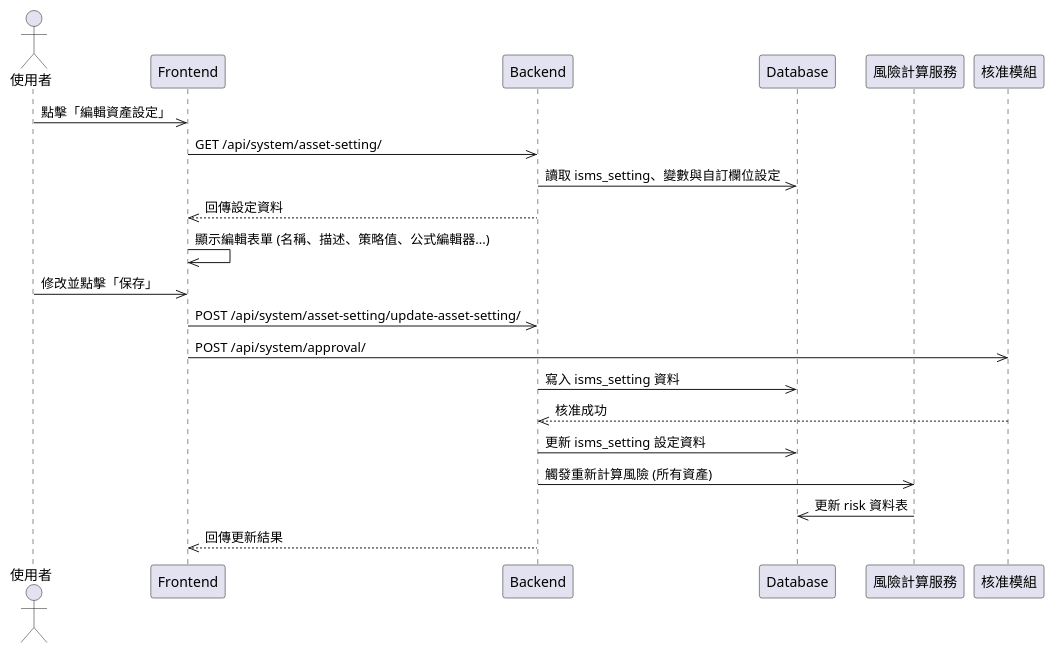
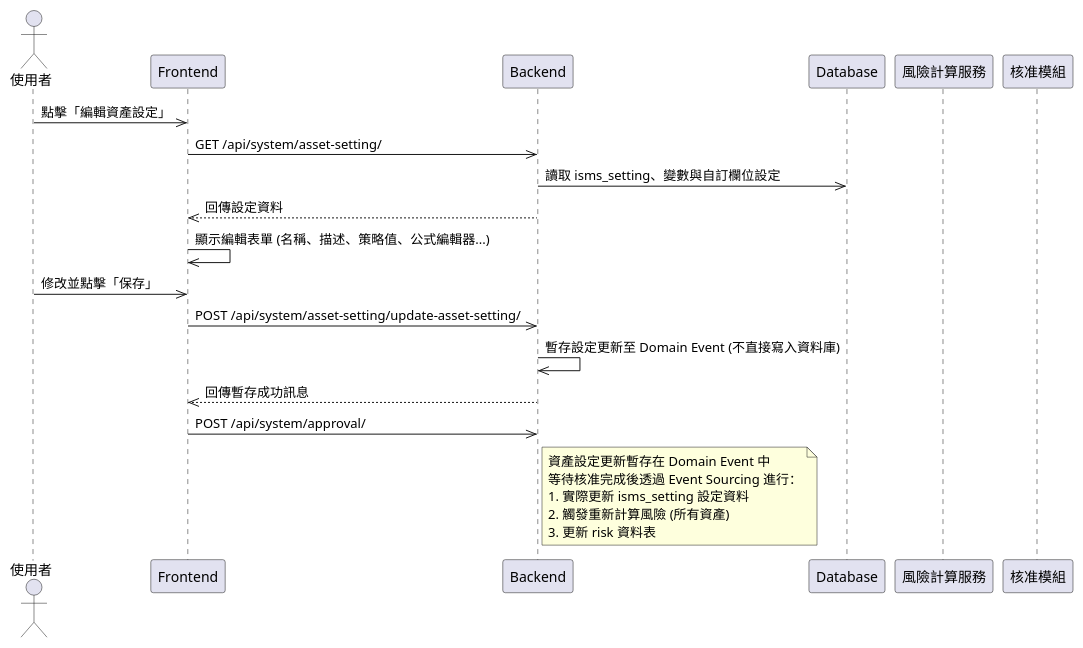
Before and after one commit to walle45611/NTUB_SecuManag_Diagram: the diagram in plantUML/sequence/asset_setting_edit.puml, drawn with PlantUML. The commit also changed 6 other files, not shown here.

Commit message:
feat: 更新流程圖，將核准請求暫存至 Domain Event 以改善資料處理流程

```diff
--- a/plantUML/sequence/asset_setting_edit.puml
+++ b/plantUML/sequence/asset_setting_edit.puml
@@ -1,24 +1,21 @@
 @startuml
 
 actor User as "使用者"
 participant Frontend
 participant Backend
 participant Database
 participant Service as "風險計算服務"
 participant Approval as "核准模組"
 
 User ->> Frontend: 點擊「編輯資產設定」
 Frontend ->> Backend: GET /api/system/asset-setting/
 Backend ->> Database: 讀取 isms_setting、變數與自訂欄位設定
 Backend -->> Frontend: 回傳設定資料
 Frontend ->> Frontend: 顯示編輯表單 (名稱、描述、策略值、公式編輯器...)
 User ->> Frontend: 修改並點擊「保存」
 Frontend ->> Backend: POST /api/system/asset-setting/update-asset-setting/
-Frontend ->> Approval: POST /api/system/approval/
-Backend ->> Database: 寫入 isms_setting 資料
-Approval-->>Backend: 核准成功
-Backend ->> Database: 更新 isms_setting 設定資料
-Backend ->> Service: 觸發重新計算風險 (所有資產)
-Service ->> Database: 更新 risk 資料表
-Backend -->> Frontend: 回傳更新結果
+Backend ->> Backend: 暫存設定更新至 Domain Event (不直接寫入資料庫)
+Backend -->> Frontend: 回傳暫存成功訊息
+Frontend ->> Backend: POST /api/system/approval/
+note right of Backend: 資產設定更新暫存在 Domain Event 中\n等待核准完成後透過 Event Sourcing 進行：\n1. 實際更新 isms_setting 設定資料\n2. 觸發重新計算風險 (所有資產)\n3. 更新 risk 資料表
 @enduml
```
